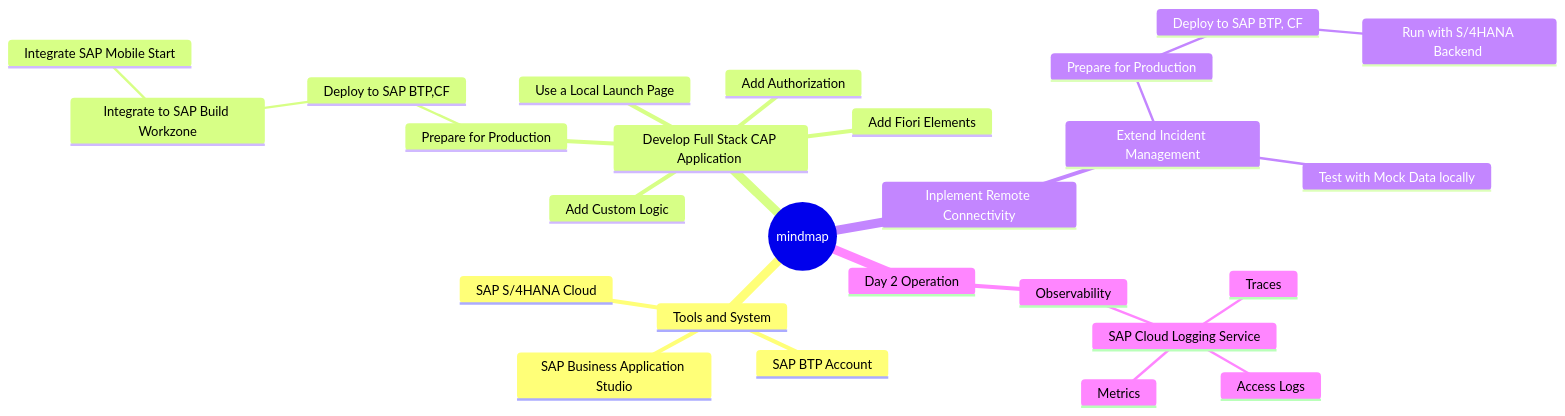
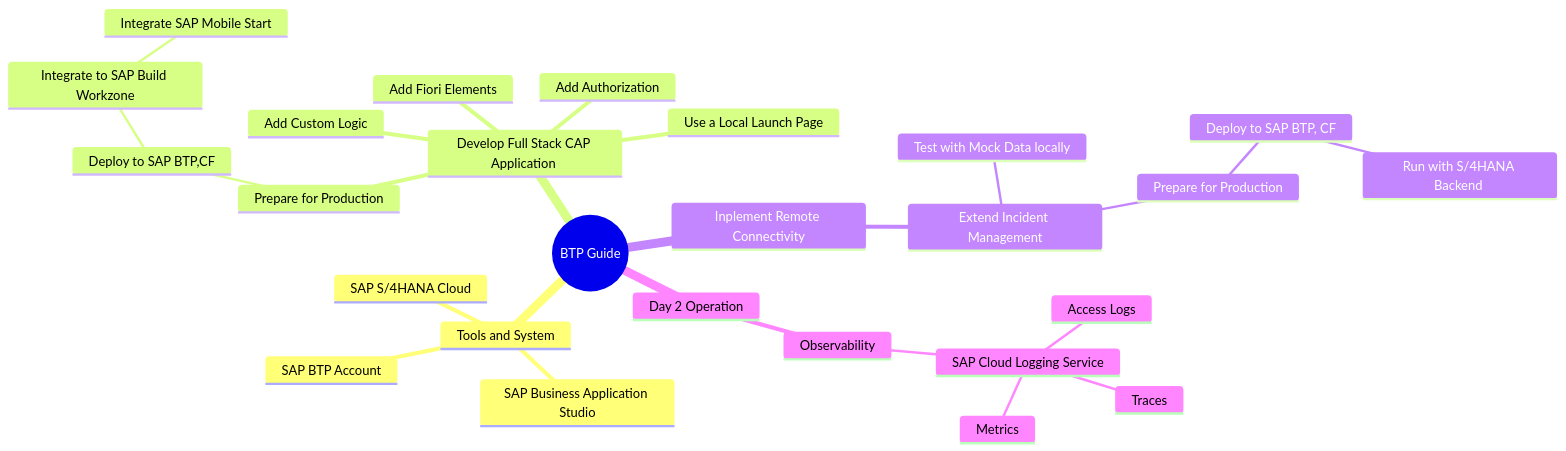
Before and after one commit to ejazsyed/validation-issue: the first of 4 diagrams in README.md, drawn with Mermaid.

````diff
--- a/README.md
+++ b/README.md
@@ -7,31 +7,31 @@
 ```mermaid
    mindmap
-  root((mindmap))
+  root((BTP Guide))
     Tools and System
       SAP Business Application Studio
       SAP S/4HANA Cloud
       SAP BTP Account
     Develop Full Stack CAP Application 
       Add Custom Logic
       Add Fiori Elements
       Use a Local Launch Page
       Add Authorization
       Prepare for Production
         Deploy to SAP BTP,CF
           Integrate to SAP Build Workzone
             Integrate SAP Mobile Start
     Inplement Remote Connectivity
       Extend Incident Management
         Test with Mock Data locally
         Prepare for Production
           Deploy to SAP BTP, CF
             Run with S/4HANA Backend 
     Day 2 Operation
       Observability
         SAP Cloud Logging Service
           Access Logs
           Metrics
           Traces
 
 
 ```
````
